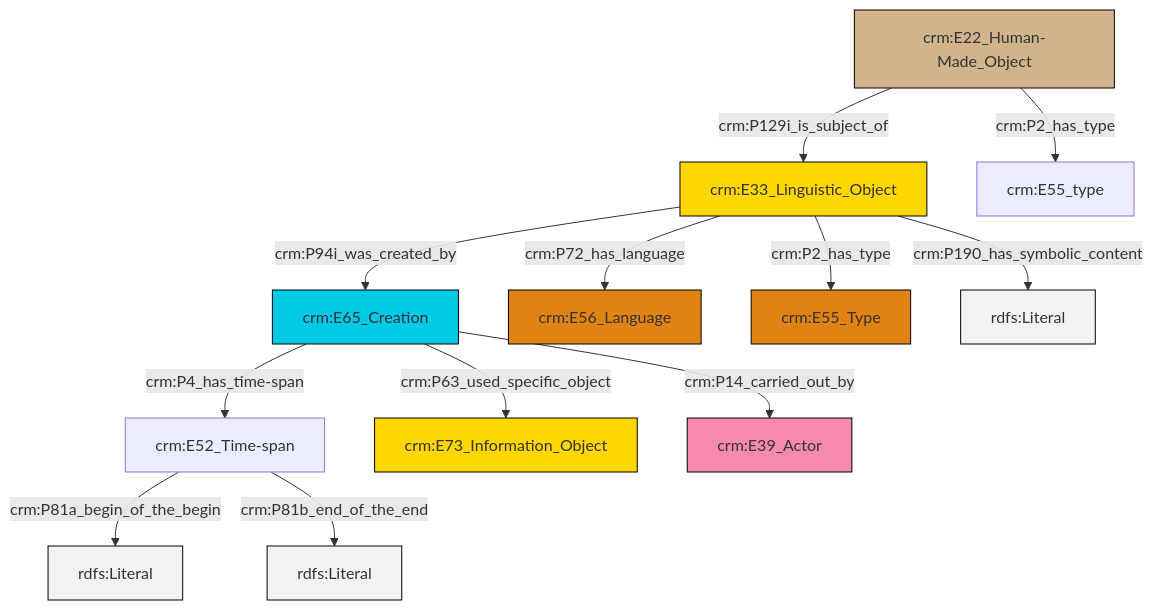
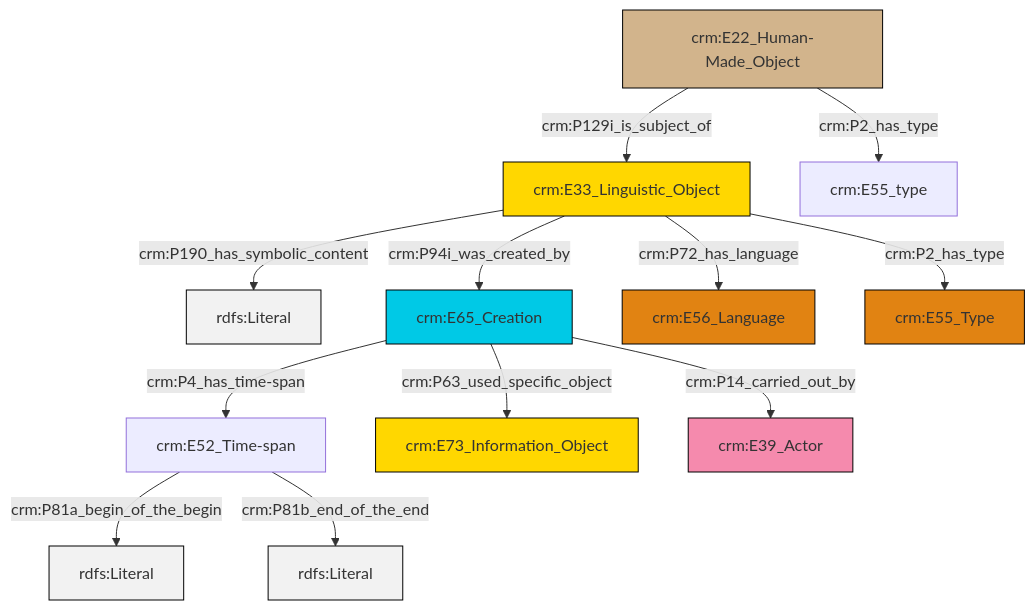
Before and after one commit to ncarboni/srdm: the diagram in et/builtWorkCSV/ttl/mmd/Built_Work_description.ttl.mmd, drawn with Mermaid. The commit also changed 131 other files, not shown here.

```diff
--- a/et/builtWorkCSV/ttl/mmd/Built_Work_description.ttl.mmd
+++ b/et/builtWorkCSV/ttl/mmd/Built_Work_description.ttl.mmd
@@ -1,26 +1,26 @@
 graph TD
 classDef Literal fill:#f2f2f2,stroke:#000000;
 classDef CRM_Entity fill:#FFFFFF,stroke:#000000;
 classDef Temporal_Entity fill:#00C9E6, stroke:#000000;
 classDef Type fill:#E18312, stroke:#000000;
 classDef Time-Span fill:#2C9C91, stroke:#000000;
 classDef Appellation fill:#FFEB7F, stroke:#000000;
 classDef Place fill:#008836, stroke:#000000;
 classDef Persistent_Item fill:#B266B2, stroke:#000000;
 classDef Conceptual_Object fill:#FFD700, stroke:#000000;
 classDef Physical_Thing fill:#D2B48C, stroke:#000000;
 classDef Actor fill:#f58aad, stroke:#000000;
 classDef PC_Classes fill:#4ce600, stroke:#000000;
 classDef Multi fill:#cccccc,stroke:#000000;
 
-0["crm:E52_Time-span"]:::Default -->|crm:P81a_begin_of_the_begin| 1[rdfs:Literal]:::Literal
-4["crm:E33_Linguistic_Object"]:::Conceptual_Object -->|crm:P94i_was_created_by| 5["crm:E65_Creation"]:::Temporal_Entity
-4["crm:E33_Linguistic_Object"]:::Conceptual_Object -->|crm:P72_has_language| 6["crm:E56_Language"]:::Type
-5["crm:E65_Creation"]:::Temporal_Entity -->|crm:P14_carried_out_by| 9["crm:E39_Actor"]:::Actor
-0["crm:E52_Time-span"]:::Default -->|crm:P81b_end_of_the_end| 11[rdfs:Literal]:::Literal
-4["crm:E33_Linguistic_Object"]:::Conceptual_Object -->|crm:P2_has_type| 12["crm:E55_Type"]:::Type
-2["crm:E22_Human-Made_Object"]:::Physical_Thing -->|crm:P2_has_type| 15["crm:E55_type"]:::Default
-5["crm:E65_Creation"]:::Temporal_Entity -->|crm:P63_used_specific_object| 7["crm:E73_Information_Object"]:::Conceptual_Object
-5["crm:E65_Creation"]:::Temporal_Entity -->|crm:P4_has_time-span| 0["crm:E52_Time-span"]:::Default
-4["crm:E33_Linguistic_Object"]:::Conceptual_Object -->|crm:P190_has_symbolic_content| 17[rdfs:Literal]:::Literal
-2["crm:E22_Human-Made_Object"]:::Physical_Thing -->|crm:P129i_is_subject_of| 4["crm:E33_Linguistic_Object"]:::Conceptual_Object
+0["crm:E33_Linguistic_Object"]:::Conceptual_Object -->|crm:P190_has_symbolic_content| 1[rdfs:Literal]:::Literal
+2["crm:E52_Time-span"]:::Default -->|crm:P81a_begin_of_the_begin| 3[rdfs:Literal]:::Literal
+4["crm:E22_Human-Made_Object"]:::Physical_Thing -->|crm:P129i_is_subject_of| 0["crm:E33_Linguistic_Object"]:::Conceptual_Object
+0["crm:E33_Linguistic_Object"]:::Conceptual_Object -->|crm:P94i_was_created_by| 7["crm:E65_Creation"]:::Temporal_Entity
+0["crm:E33_Linguistic_Object"]:::Conceptual_Object -->|crm:P2_has_type| 11["crm:E55_Type"]:::Type
+7["crm:E65_Creation"]:::Temporal_Entity -->|crm:P4_has_time-span| 2["crm:E52_Time-span"]:::Default
+0["crm:E33_Linguistic_Object"]:::Conceptual_Object -->|crm:P72_has_language| 8["crm:E56_Language"]:::Type
+7["crm:E65_Creation"]:::Temporal_Entity -->|crm:P63_used_specific_object| 5["crm:E73_Information_Object"]:::Conceptual_Object
+7["crm:E65_Creation"]:::Temporal_Entity -->|crm:P14_carried_out_by| 12["crm:E39_Actor"]:::Actor
+4["crm:E22_Human-Made_Object"]:::Physical_Thing -->|crm:P2_has_type| 15["crm:E55_type"]:::Default
+2["crm:E52_Time-span"]:::Default -->|crm:P81b_end_of_the_end| 18[rdfs:Literal]:::Literal
```
